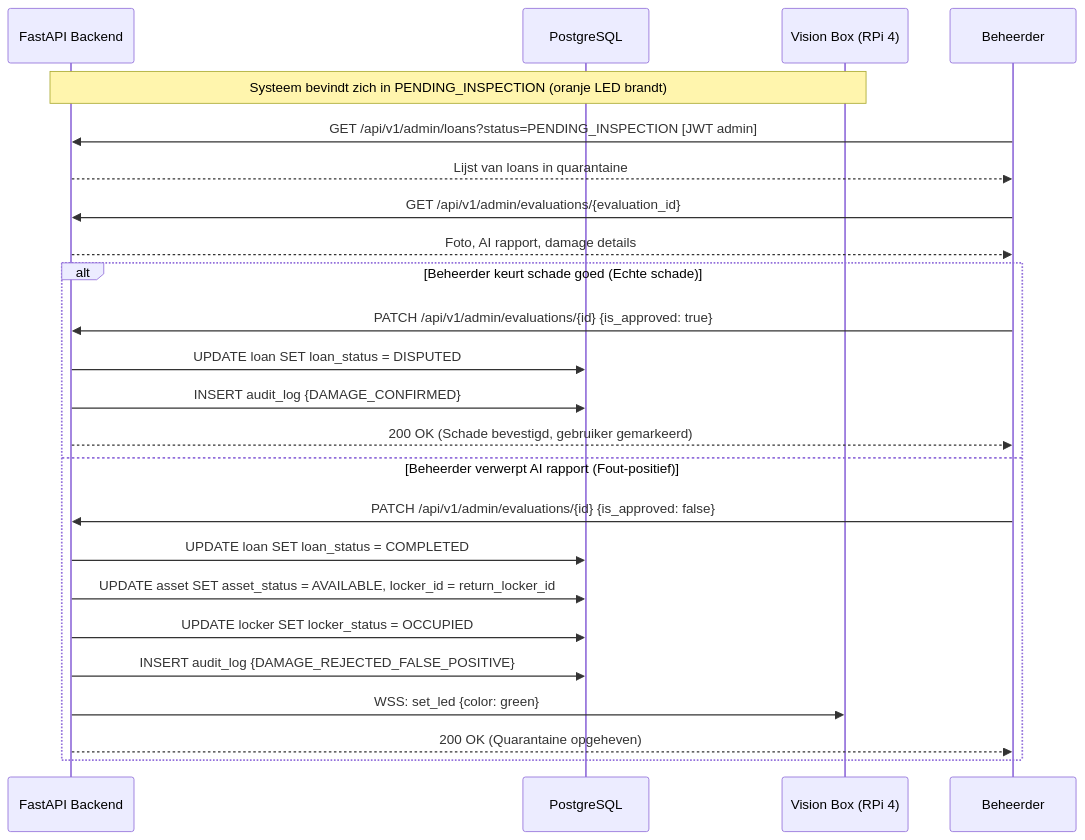
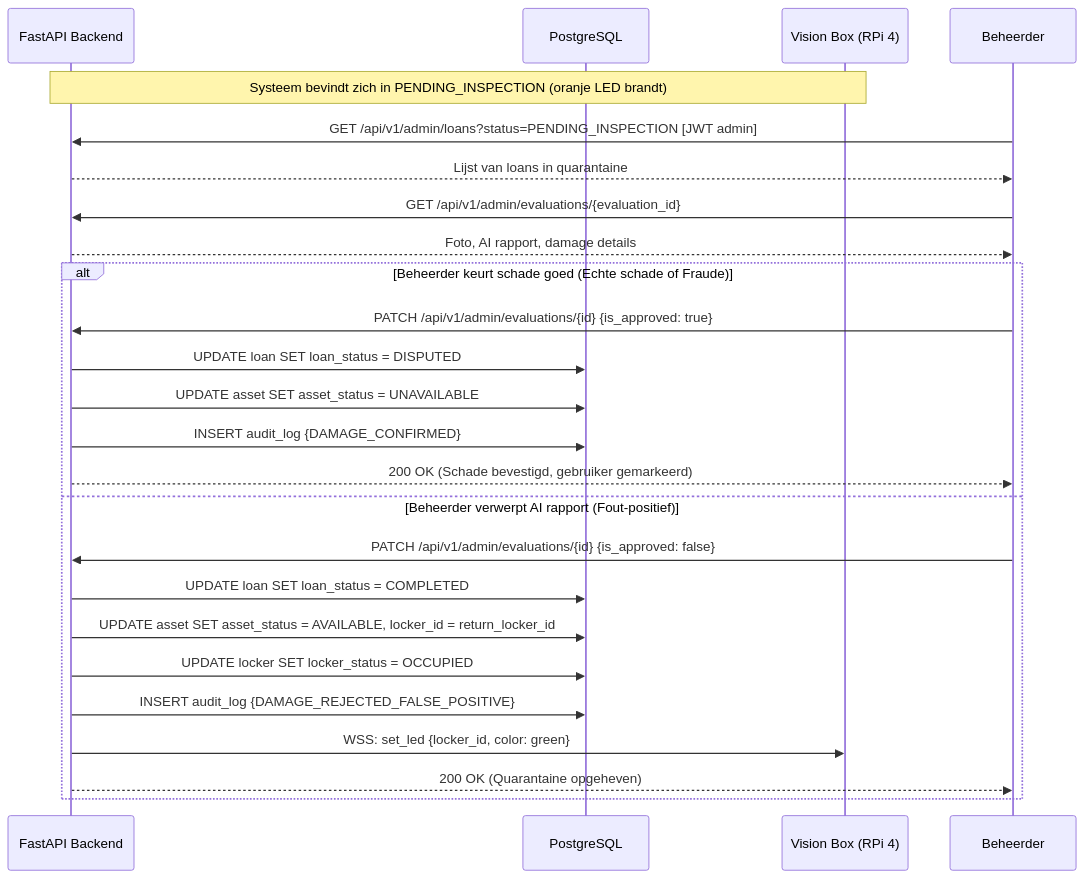
Before and after one commit to easylend-practice-enterprise/easylend: the fourth of 4 diagrams in docs/workflows.md, drawn with Mermaid. The commit also changed other lines of this file and 1 other file, not shown here.

Commit message:
docs: finalize architecture with extreme edge-case handling (race conditions, timeouts, AI crashes)

````diff
--- a/docs/workflows.md
+++ b/docs/workflows.md
@@ -200,31 +229,32 @@
 ```mermaid
 sequenceDiagram
     participant API as FastAPI Backend
     participant DB as PostgreSQL
     participant VB as Vision Box (RPi 4)
     participant Admin as Beheerder
 
     Note over API,VB: Systeem bevindt zich in PENDING_INSPECTION (oranje LED brandt)
 
     Admin->>API: GET /api/v1/admin/loans?status=PENDING_INSPECTION [JWT admin]
     API-->>Admin: Lijst van loans in quarantaine
 
     Admin->>API: GET /api/v1/admin/evaluations/{evaluation_id}
     API-->>Admin: Foto, AI rapport, damage details
 
-    alt Beheerder keurt schade goed (Echte schade)
+    alt Beheerder keurt schade goed (Echte schade of Fraude)
         Admin->>API: PATCH /api/v1/admin/evaluations/{id} {is_approved: true}
         API->>DB: UPDATE loan SET loan_status = DISPUTED
+        API->>DB: UPDATE asset SET asset_status = UNAVAILABLE
         API->>DB: INSERT audit_log {DAMAGE_CONFIRMED}
         API-->>Admin: 200 OK (Schade bevestigd, gebruiker gemarkeerd)
     else Beheerder verwerpt AI rapport (Fout-positief)
         Admin->>API: PATCH /api/v1/admin/evaluations/{id} {is_approved: false}
         API->>DB: UPDATE loan SET loan_status = COMPLETED
         API->>DB: UPDATE asset SET asset_status = AVAILABLE, locker_id = return_locker_id
         API->>DB: UPDATE locker SET locker_status = OCCUPIED
         API->>DB: INSERT audit_log {DAMAGE_REJECTED_FALSE_POSITIVE}
-        API->>VB: WSS: set_led {color: green}
+        API->>VB: WSS: set_led {locker_id, color: green}
         API-->>Admin: 200 OK (Quarantaine opgeheven)
     end
 
 ```
````
